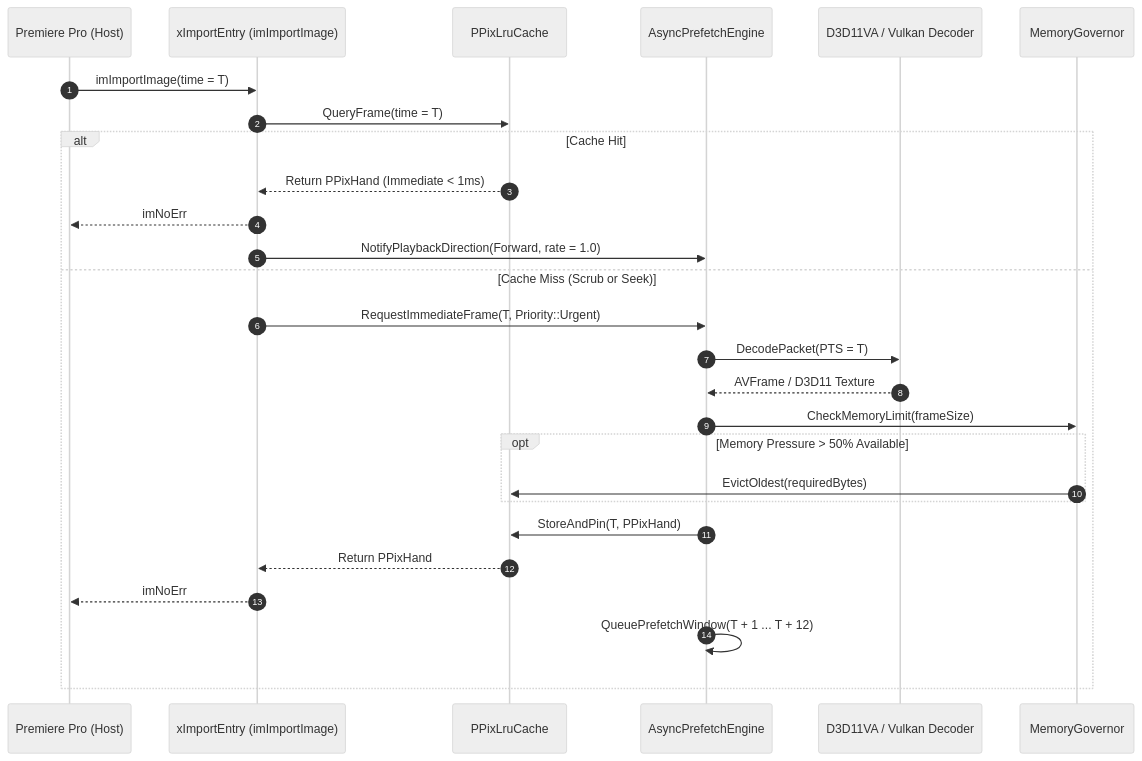
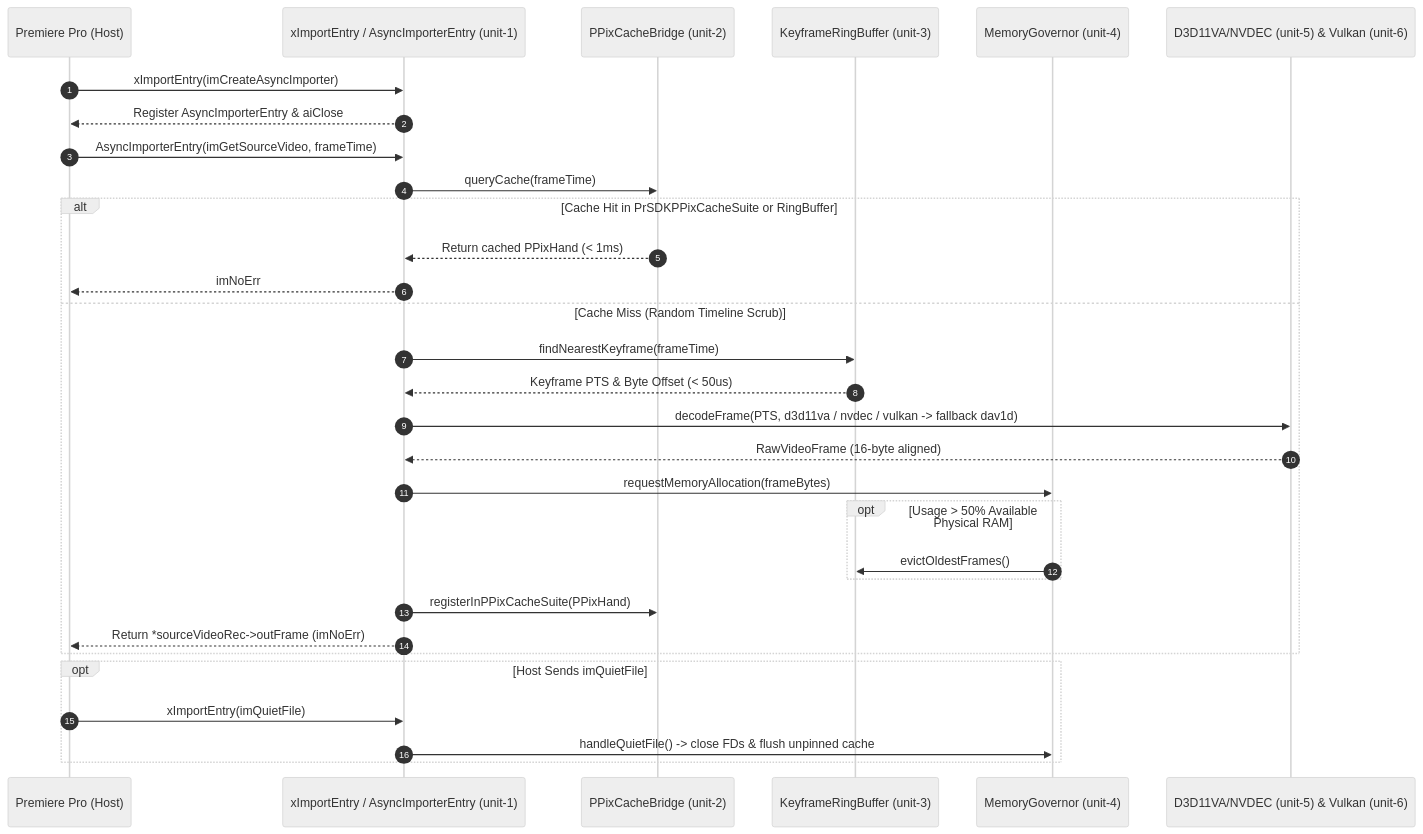
One commit to abdelrazekwork72-beep/AV1 changed the diagram in docs/user-stories/module-2-importer-plugin/us-2.3.0-async-caching-memory-governor.md. Above: the diagram before and after it, drawn with Mermaid (neutral theme). The commit also changed other lines of this file and 15 other files, not shown here.

Commit message:
fix(docs): unify architecture, Premiere Pro SDK protocols, base contracts, and 50 implementation units across all 4 modules and 11 user stories

````diff
--- a/docs/user-stories/module-2-importer-plugin/us-2.3.0-async-caching-memory-governor.md
+++ b/docs/user-stories/module-2-importer-plugin/us-2.3.0-async-caching-memory-governor.md
@@ -122,30 +91,34 @@
 ```mermaid
 sequenceDiagram
     autonumber
     participant Host as Premiere Pro (Host)
-    participant Entry as xImportEntry (imImportImage)
-    participant Cache as PPixLruCache
-    participant Prefetch as AsyncPrefetchEngine
-    participant HW as D3D11VA / Vulkan Decoder
-    participant Gov as MemoryGovernor
+    participant Entry as xImportEntry / AsyncImporterEntry (unit-1)
+    participant PPixCache as PPixCacheBridge (unit-2)
+    participant Ring as KeyframeRingBuffer (unit-3)
+    participant Gov as MemoryGovernor (unit-4)
+    participant HW as D3D11VA/NVDEC (unit-5) & Vulkan (unit-6)
 
-    Host->>Entry: imImportImage(time = T)
-    Entry->>Cache: QueryFrame(time = T)
-    alt Cache Hit
-        Cache-->>Entry: Return PPixHand (Immediate < 1ms)
+    Host->>Entry: xImportEntry(imCreateAsyncImporter)
+    Entry-->>Host: Register AsyncImporterEntry & aiClose
+    Host->>Entry: AsyncImporterEntry(imGetSourceVideo, frameTime)
+    Entry->>PPixCache: queryCache(frameTime)
+    alt Cache Hit in PrSDKPPixCacheSuite or RingBuffer
+        PPixCache-->>Entry: Return cached PPixHand (< 1ms)
         Entry-->>Host: imNoErr
-        Entry->>Prefetch: NotifyPlaybackDirection(Forward, rate = 1.0)
-    else Cache Miss (Scrub or Seek)
-        Entry->>Prefetch: RequestImmediateFrame(T, Priority::Urgent)
-        Prefetch->>HW: DecodePacket(PTS = T)
-        HW-->>Prefetch: AVFrame / D3D11 Texture
-        Prefetch->>Gov: CheckMemoryLimit(frameSize)
-        opt Memory Pressure > 50% Available
-            Gov->>Cache: EvictOldest(requiredBytes)
+    else Cache Miss (Random Timeline Scrub)
+        Entry->>Ring: findNearestKeyframe(frameTime)
+        Ring-->>Entry: Keyframe PTS & Byte Offset (< 50us)
+        Entry->>HW: decodeFrame(PTS, d3d11va / nvdec / vulkan -> fallback dav1d)
+        HW-->>Entry: RawVideoFrame (16-byte aligned)
+        Entry->>Gov: requestMemoryAllocation(frameBytes)
+        opt Usage > 50% Available Physical RAM
+            Gov->>Ring: evictOldestFrames()
         end
-        Prefetch->>Cache: StoreAndPin(T, PPixHand)
-        Cache-->>Entry: Return PPixHand
-        Entry-->>Host: imNoErr
-        Prefetch->>Prefetch: QueuePrefetchWindow(T + 1 ... T + 12)
+        Entry->>PPixCache: registerInPPixCacheSuite(PPixHand)
+        Entry-->>Host: Return *sourceVideoRec->outFrame (imNoErr)
+    end
+    opt Host Sends imQuietFile
+        Host->>Entry: xImportEntry(imQuietFile)
+        Entry->>Gov: handleQuietFile() -> close FDs & flush unpinned cache
     end
 ```
````
